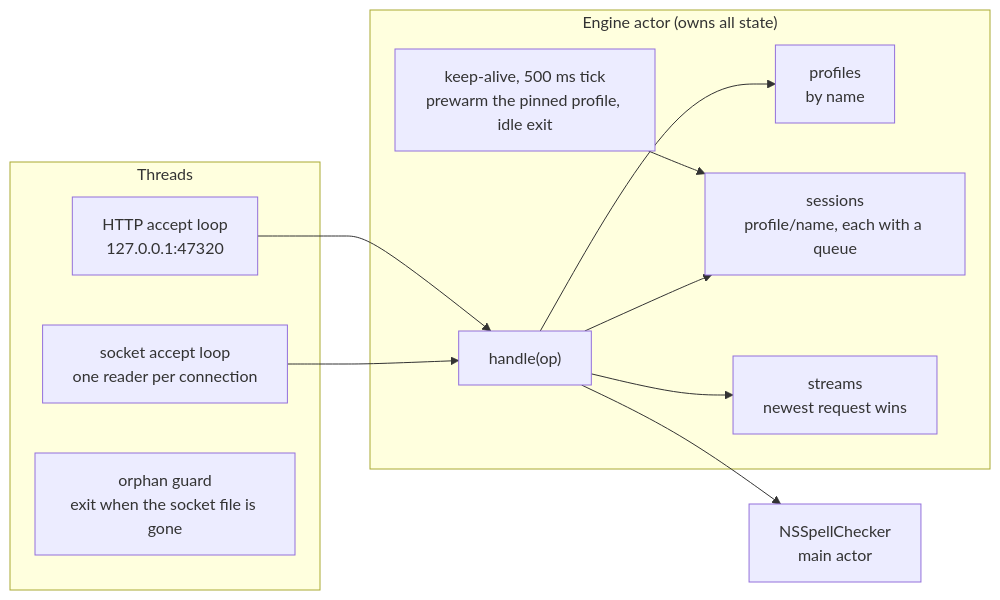
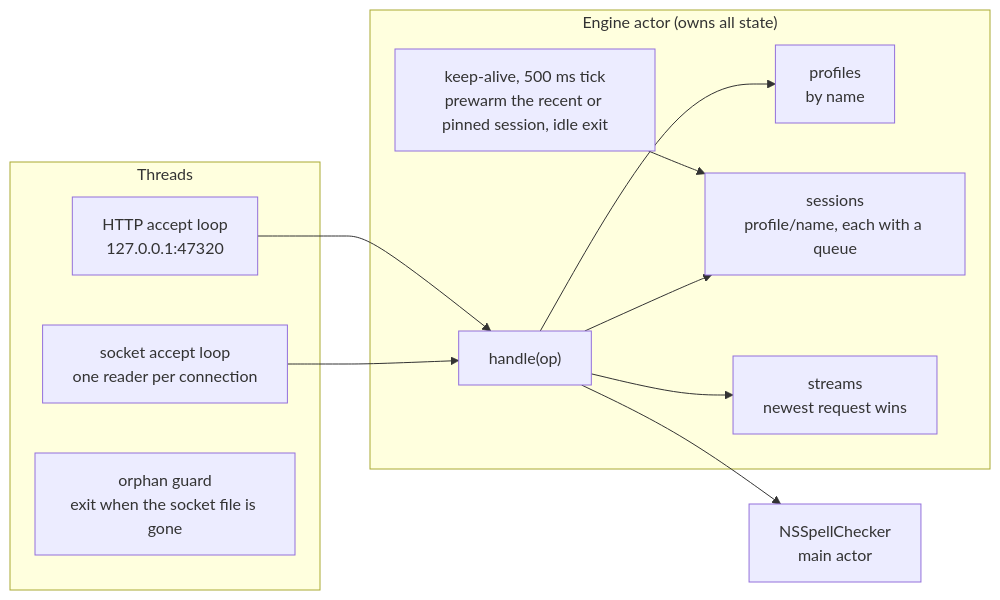
One commit to FreemanX/Homeword changed the second of 5 diagrams in docs/ARCHITECTURE.md. Above: the diagram before and after it, drawn with Mermaid. The commit also changed other lines of this file and 16 other files, not shown here.

````diff
--- a/docs/ARCHITECTURE.md
+++ b/docs/ARCHITECTURE.md
@@ -57,23 +57,23 @@
 ```mermaid
 flowchart LR
     subgraph threads["Threads"]
         s1["socket accept loop<br/>one reader per connection"]
         h1["HTTP accept loop<br/>127.0.0.1:47320"]
         guard["orphan guard<br/>exit when the socket file is gone"]
     end
     subgraph actor["Engine actor (owns all state)"]
         handle["handle(op)"]
         profiles["profiles<br/>by name"]
         slots["sessions<br/>profile/name, each with a queue"]
         streams["streams<br/>newest request wins"]
-        ka["keep-alive, 500 ms tick<br/>prewarm the pinned profile, idle exit"]
+        ka["keep-alive, 500 ms tick<br/>prewarm the recent or pinned session, idle exit"]
     end
     spell["NSSpellChecker<br/>main actor"]
     s1 --> handle
     h1 --> handle
     handle --> profiles
     handle --> slots
     handle --> streams
     handle --> spell
     ka --> slots
 ```
````
